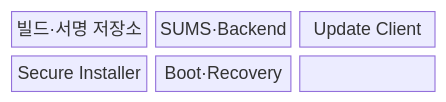
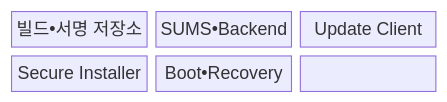
One commit to agnusdei1207/knowledge-base changed the first of 2 diagrams in src/content/docs/notes/08-latest-tech/205_ota_update.md. Above: the diagram before and after it, drawn with Mermaid. The commit also changed other lines of this file and 953 other files, not shown here.

````diff
--- a/src/content/docs/notes/08-latest-tech/205_ota_update.md
+++ b/src/content/docs/notes/08-latest-tech/205_ota_update.md
@@ -66,11 +66,11 @@
 ```mermaid
 block-beta
   columns 3
-  N0["빌드·서명 저장소"]
-  N1["SUMS·Backend"]
+  N0["빌드•서명 저장소"]
+  N1["SUMS•Backend"]
   N2["Update Client"]
   N3["Secure Installer"]
-  N4["Boot·Recovery"]
+  N4["Boot•Recovery"]
   N0 --- N1 --- N2
   N2 --- N3 --- N4
 ```
````
